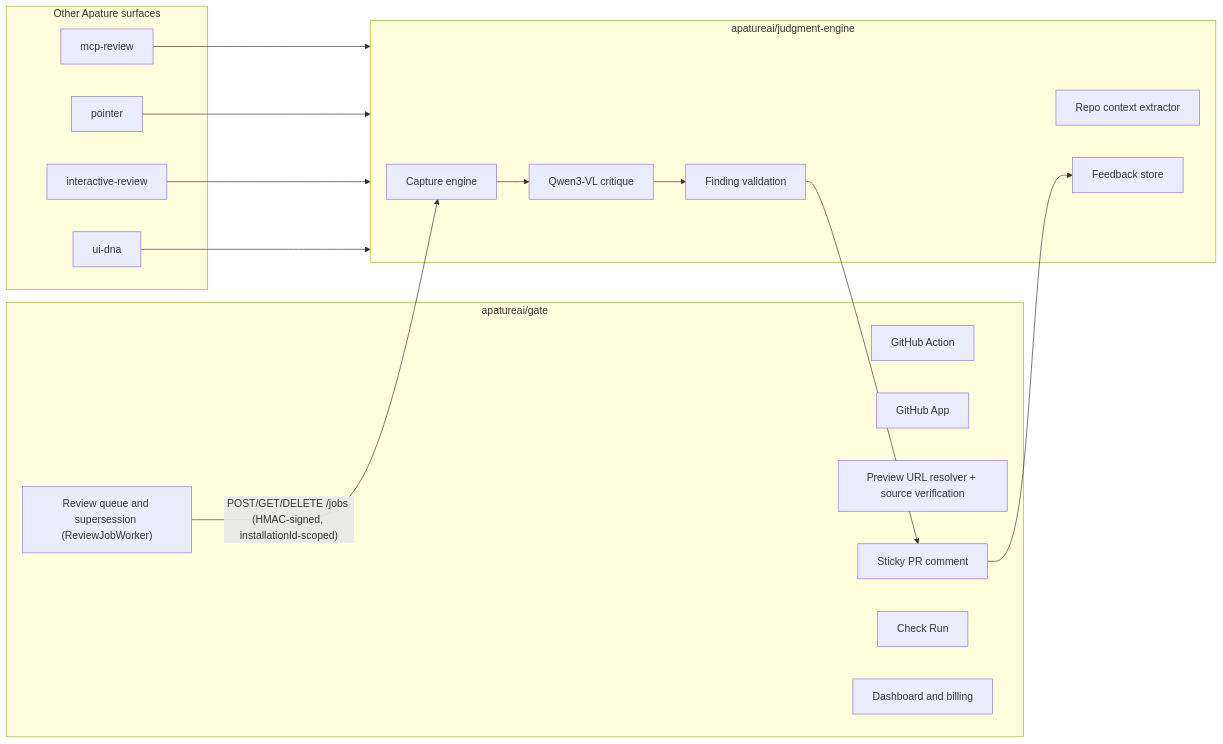
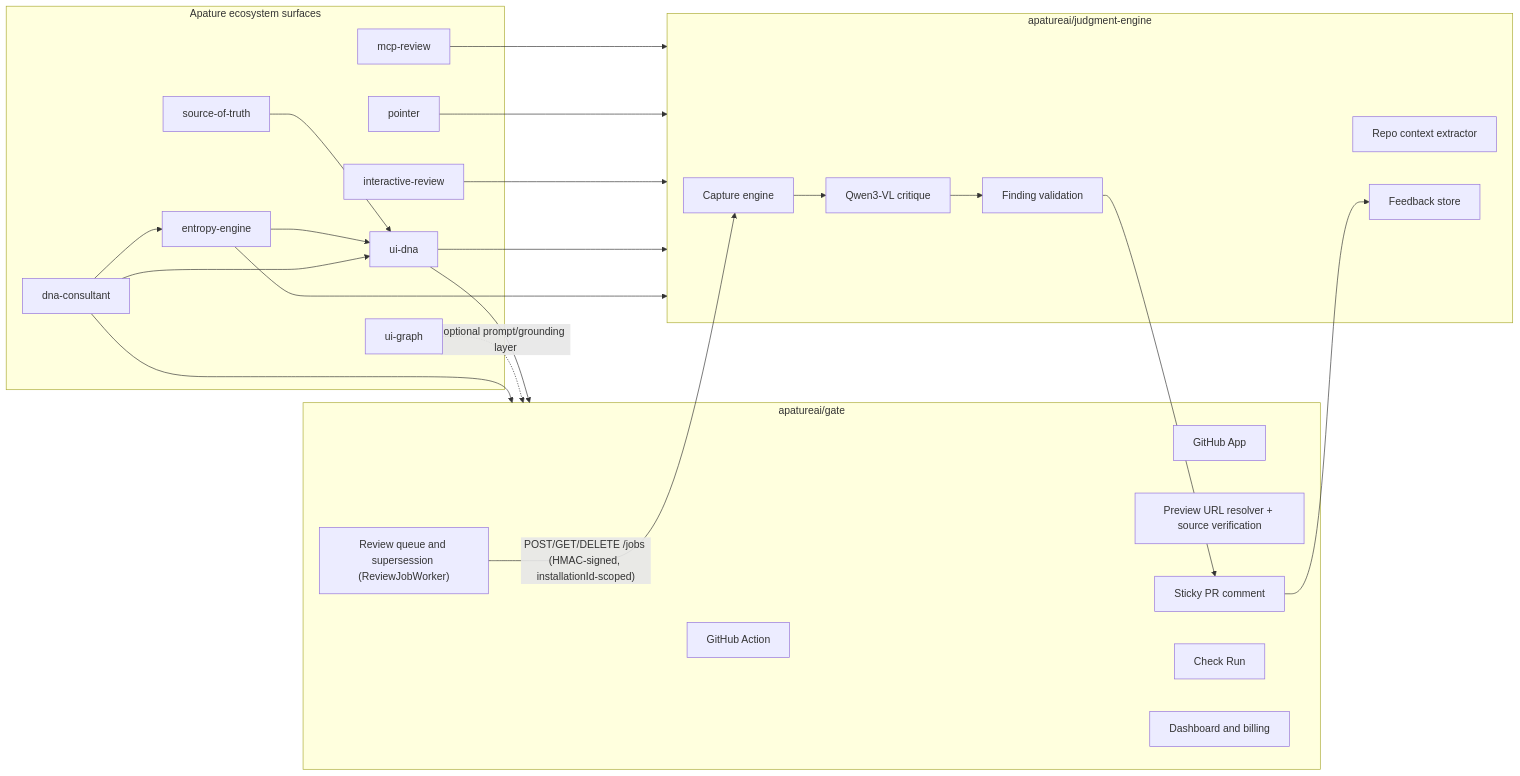
Before and after one commit to apatureai/gate: the second of 4 diagrams in ARCHITECTURE.md, drawn with Mermaid. The commit also changed other lines of this file and 4 other files, not shown here.

Commit message:
Clarify Gate ecosystem placement

````diff
--- a/ARCHITECTURE.md
+++ b/ARCHITECTURE.md
@@ -49,37 +49,49 @@
 ```mermaid
 flowchart LR
   subgraph Gate["apatureai/gate"]
     A["GitHub Action"]
     B["GitHub App"]
     C["Preview URL resolver + source verification"]
     D["Review queue and supersession (ReviewJobWorker)"]
     E["Sticky PR comment"]
     F["Check Run"]
     G["Dashboard and billing"]
   end
 
   subgraph Engine["apatureai/judgment-engine"]
     H["Capture engine"]
     I["Repo context extractor"]
     J["Qwen3-VL critique"]
     K["Finding validation"]
     L["Feedback store"]
   end
 
-  subgraph Future["Other Apature surfaces"]
+  subgraph Future["Apature ecosystem surfaces"]
     M["mcp-review"]
     N["pointer"]
     O["interactive-review"]
     P["ui-dna"]
+    Q["ui-graph"]
+    R["source-of-truth"]
+    S["entropy-engine"]
+    T["dna-consultant"]
   end
 
   D -->|"POST/GET/DELETE /jobs (HMAC-signed, installationId-scoped)"| H
   H --> J
   J --> K
   K --> E
   E --> L
   M --> Engine
   N --> Engine
   O --> Engine
   P --> Engine
+  P --> Gate
+  Q -. "optional prompt/grounding layer" .-> Gate
+  R --> P
+  S --> P
+  S --> Engine
+  T --> Gate
+  T --> P
+  T --> S
 ```
````
